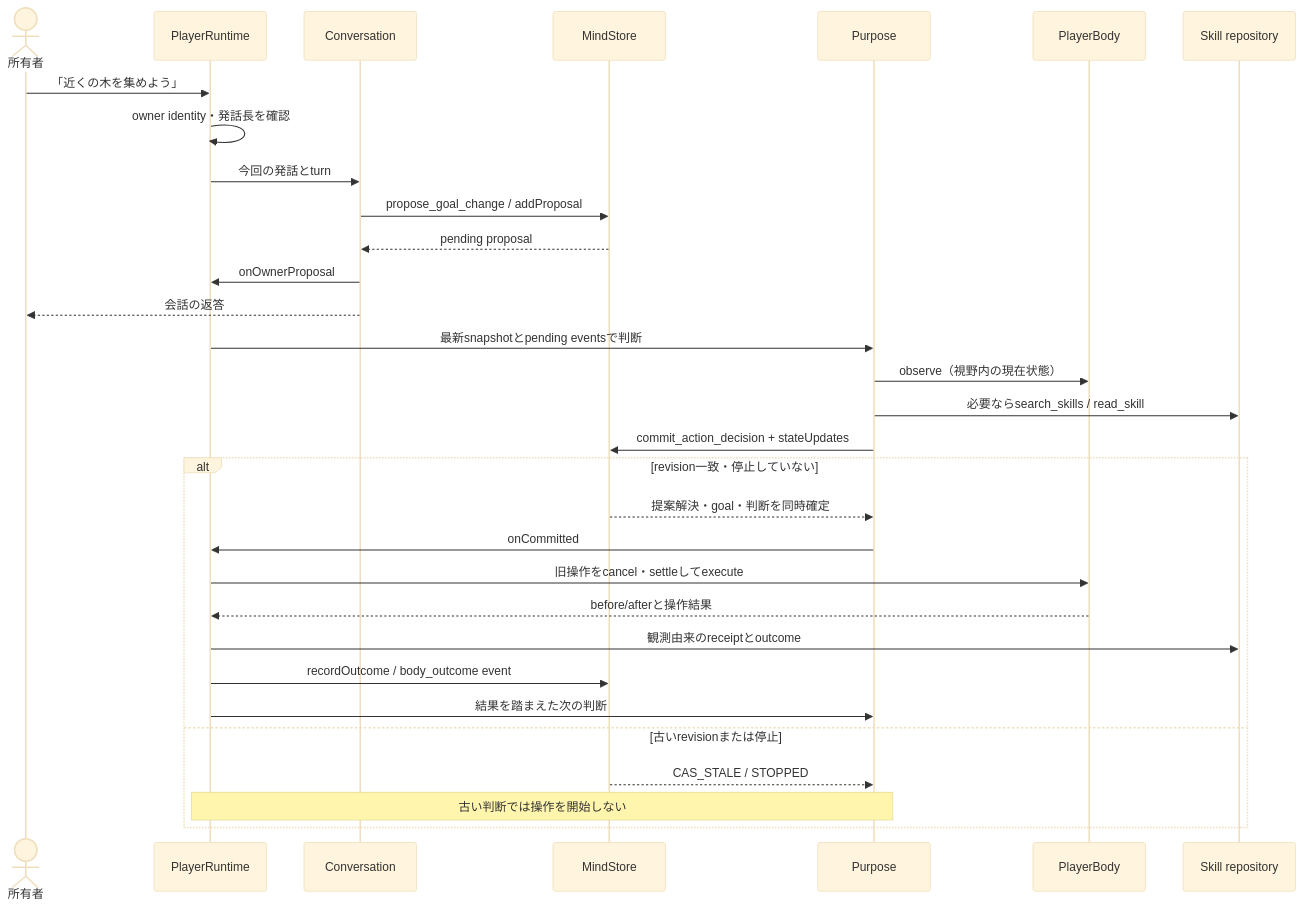
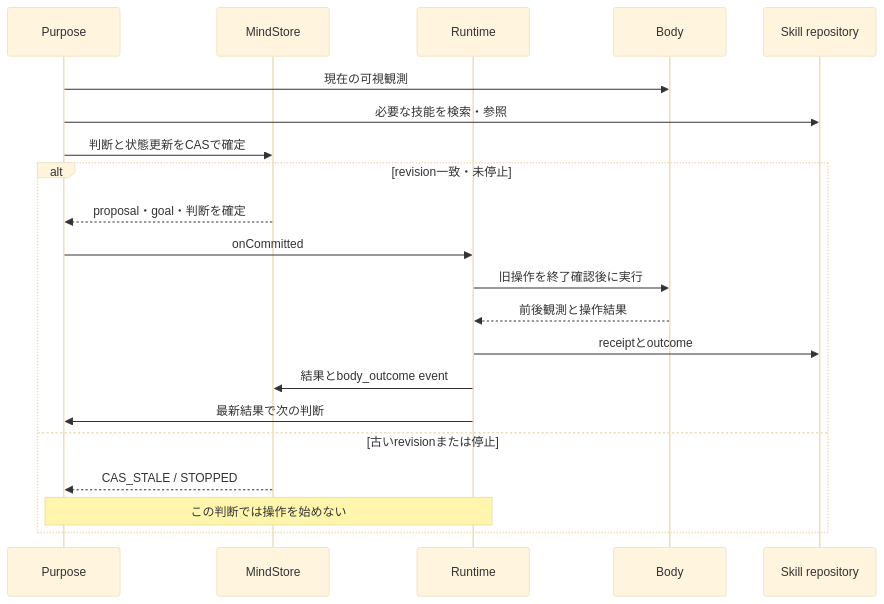
One commit to stillshore-chirp/mc-bot-egent-practice-2 changed the second of 4 diagrams in docs/autonomous-player.md. Above: the diagram before and after it, drawn with Mermaid (base theme). The commit also changed other lines of this file and 3 other files, not shown here.

Commit message:
docs: 図の可読性・参照リンク・Markdown整形を最終調整

````diff
--- a/docs/autonomous-player.md
+++ b/docs/autonomous-player.md
@@ -17,33 +37,23 @@
 ```mermaid
 sequenceDiagram
-    actor O as 所有者
-    participant R as PlayerRuntime
-    participant C as Conversation
+    participant P as Purpose
     participant M as MindStore
-    participant P as Purpose
-    participant B as PlayerBody
+    participant R as Runtime
+    participant B as Body
     participant S as Skill repository
-    O->>R: 「近くの木を集めよう」
-    R->>R: owner identity・発話長を確認
-    R->>C: 今回の発話とturn
-    C->>M: propose_goal_change / addProposal
-    M-->>C: pending proposal
-    C->>R: onOwnerProposal
-    C-->>O: 会話の返答
-    R->>P: 最新snapshotとpending eventsで判断
-    P->>B: observe（視野内の現在状態）
-    P->>S: 必要ならsearch_skills / read_skill
-    P->>M: commit_action_decision + stateUpdates
-    alt revision一致・停止していない
-        M-->>P: 提案解決・goal・判断を同時確定
+    P->>B: 現在の可視観測
+    P->>S: 必要な技能を検索・参照
+    P->>M: 判断と状態更新をCASで確定
+    alt revision一致・未停止
+        M-->>P: proposal・goal・判断を確定
         P->>R: onCommitted
-        R->>B: 旧操作をcancel・settleしてexecute
-        B-->>R: before/afterと操作結果
-        R->>S: 観測由来のreceiptとoutcome
-        R->>M: recordOutcome / body_outcome event
-        R->>P: 結果を踏まえた次の判断
+        R->>B: 旧操作を終了確認後に実行
+        B-->>R: 前後観測と操作結果
+        R->>S: receiptとoutcome
+        R->>M: 結果とbody_outcome event
+        R->>P: 最新結果で次の判断
     else 古いrevisionまたは停止
         M-->>P: CAS_STALE / STOPPED
-        Note over P,R: 古い判断では操作を開始しない
+        Note over P,R: この判断では操作を始めない
     end
 ```
````
